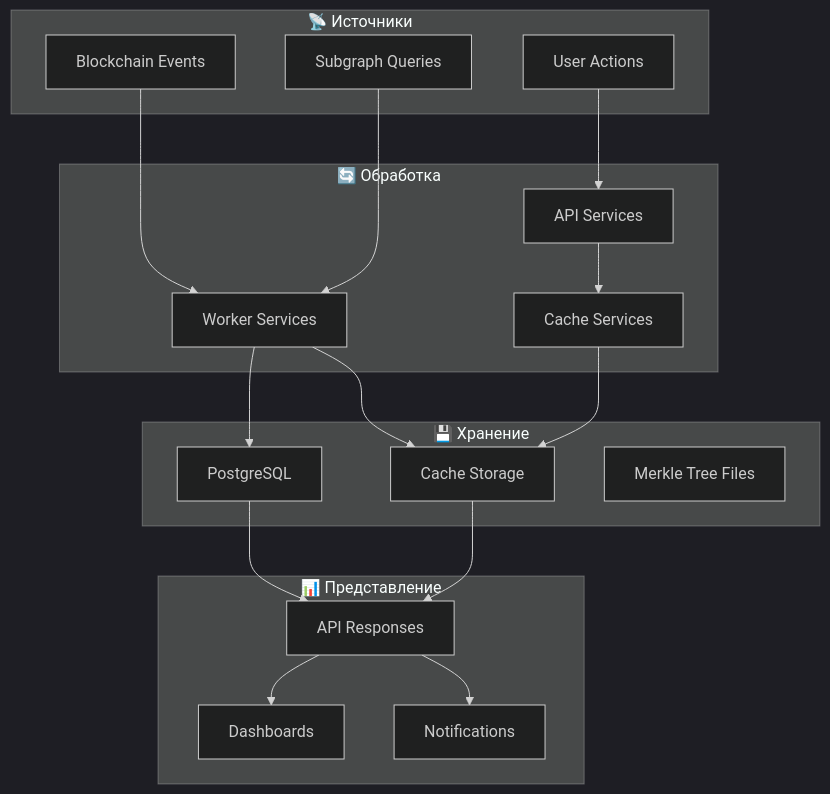
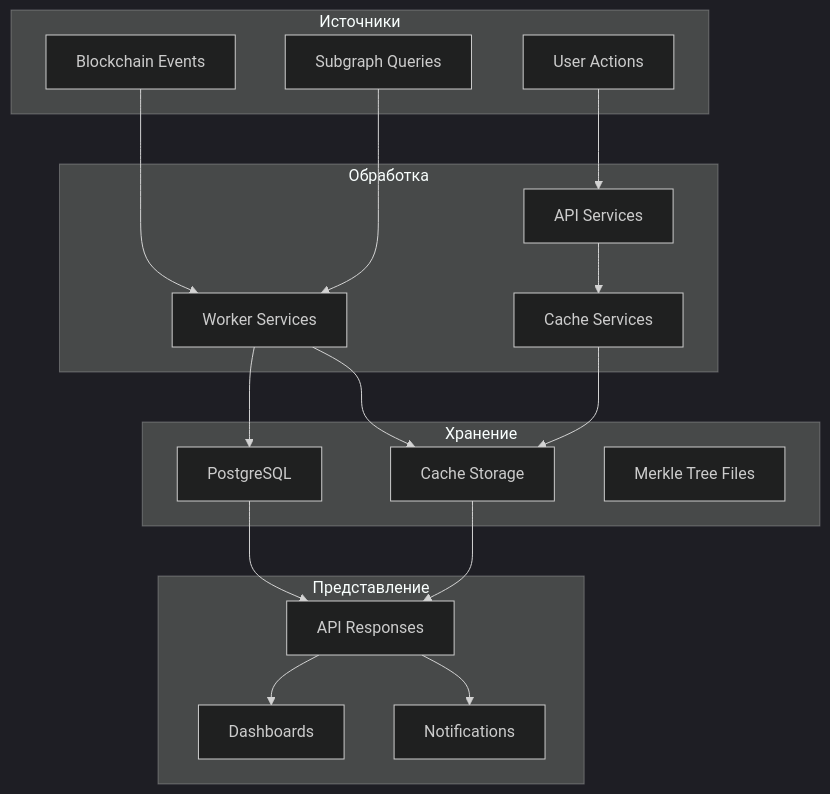
Before and after one commit to Thesauros/lending-contracts: the tenth of 11 diagrams in docs/BUSINESS_LOGIC_GRAPH.md, drawn with Mermaid (dark theme). The commit also changed other lines of this file and 1 other file, not shown here.

````diff
--- a/docs/BUSINESS_LOGIC_GRAPH.md
+++ b/docs/BUSINESS_LOGIC_GRAPH.md
@@ -365,40 +365,40 @@
 ```mermaid
 graph TB
-    subgraph "📡 Источники"
+    subgraph " Источники"
         BLOCKCHAIN_EVENTS[Blockchain Events]
         SUBGRAPH_QUERIES[Subgraph Queries]
         USER_ACTIONS[User Actions]
     end
     
-    subgraph "🔄 Обработка"
+    subgraph " Обработка"
         WORKERS[Worker Services]
         CACHE[Cache Services]
         API[API Services]
     end
     
-    subgraph "💾 Хранение"
+    subgraph " Хранение"
         POSTGRES[PostgreSQL]
         CACHE_STORAGE[Cache Storage]
         MERKLE_FILES[Merkle Tree Files]
     end
     
-    subgraph "📊 Представление"
+    subgraph " Представление"
         API_RESPONSES[API Responses]
         DASHBOARDS[Dashboards]
         NOTIFICATIONS[Notifications]
     end
     
     BLOCKCHAIN_EVENTS --> WORKERS
     SUBGRAPH_QUERIES --> WORKERS
     USER_ACTIONS --> API
     
     WORKERS --> POSTGRES
     WORKERS --> CACHE_STORAGE
     API --> CACHE
     CACHE --> CACHE_STORAGE
     
     POSTGRES --> API_RESPONSES
     CACHE_STORAGE --> API_RESPONSES
     API_RESPONSES --> DASHBOARDS
     API_RESPONSES --> NOTIFICATIONS
 ```
````
